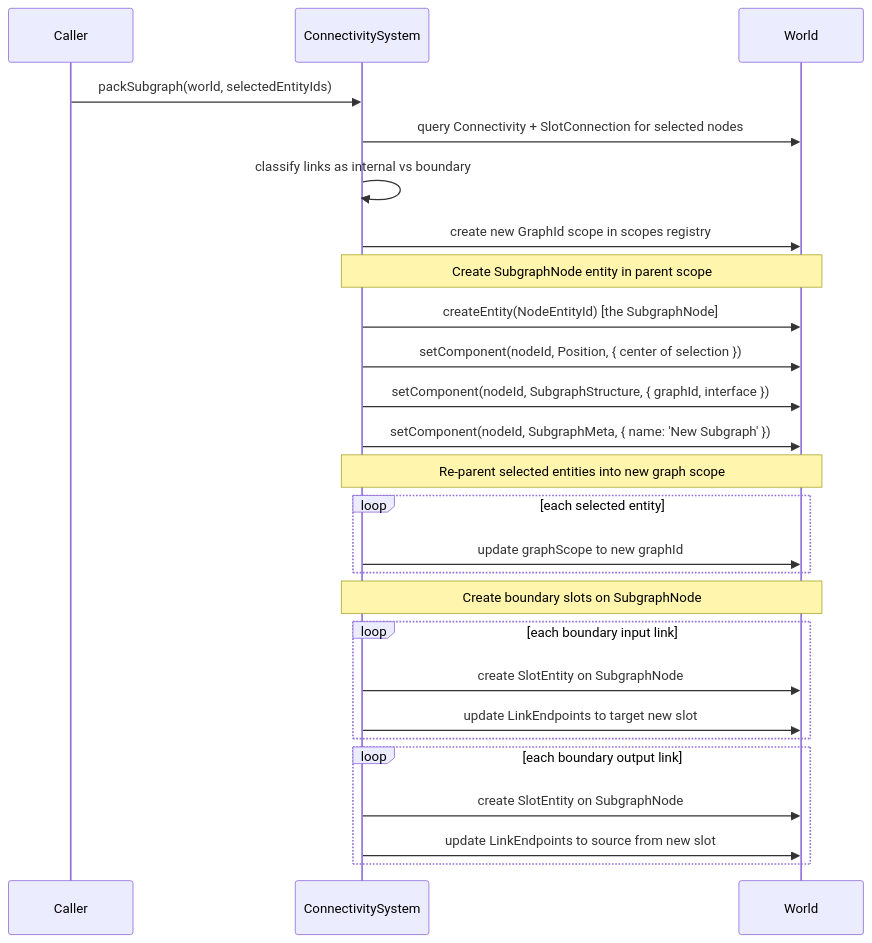
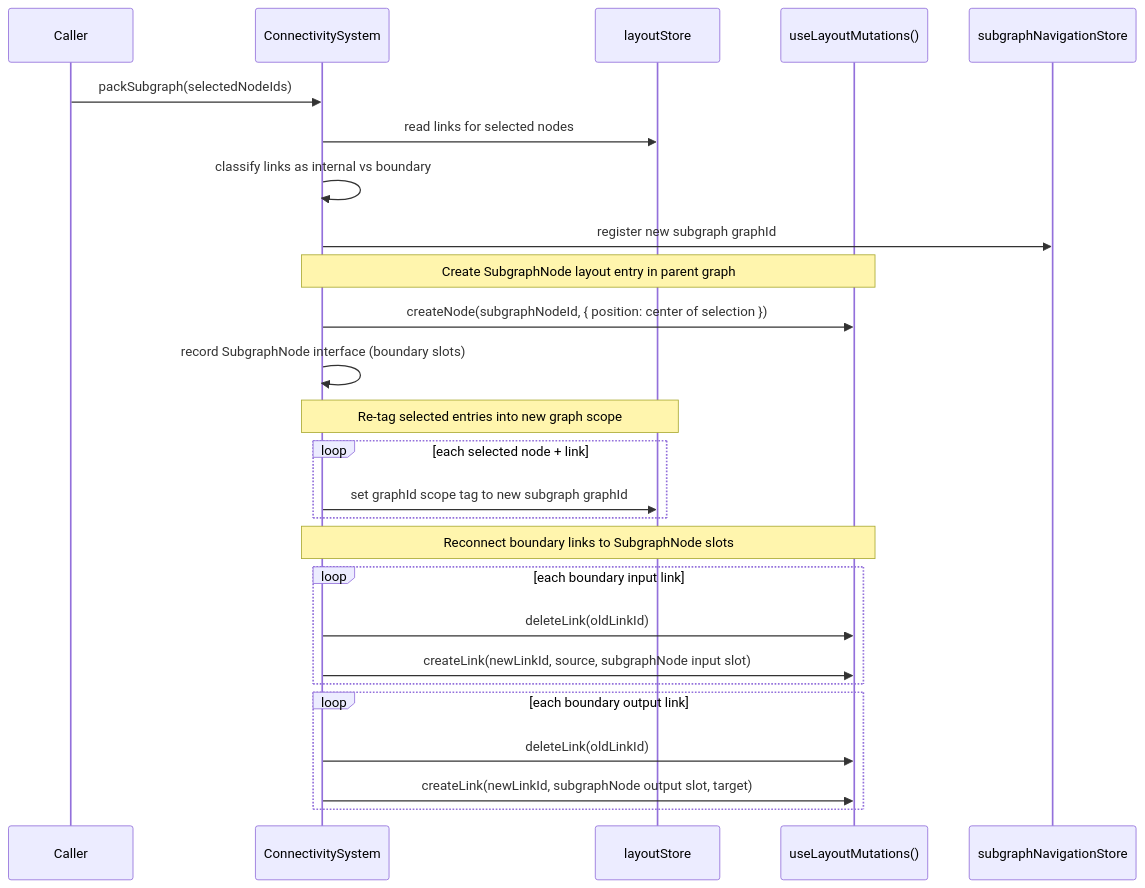
The eighth of 14 diagrams in ComfyUI_frontend/docs/architecture/ecs-lifecycle-scenarios.md (mg-org-4/sub-251027), drawn with Mermaid before and after one commit. The commit also changed other lines of this file and 518 other files, not shown here.

````diff
--- a/ComfyUI_frontend/docs/architecture/ecs-lifecycle-scenarios.md
+++ b/ComfyUI_frontend/docs/architecture/ecs-lifecycle-scenarios.md
@@ -393,38 +371,38 @@
 ```mermaid
 sequenceDiagram
     participant Caller
     participant CS as ConnectivitySystem
-    participant W as World
+    participant LS as layoutStore
+    participant LM as useLayoutMutations()
+    participant SNS as subgraphNavigationStore
 
-    Caller->>CS: packSubgraph(world, selectedEntityIds)
+    Caller->>CS: packSubgraph(selectedNodeIds)
 
-    CS->>W: query Connectivity + SlotConnection for selected nodes
+    CS->>LS: read links for selected nodes
     CS->>CS: classify links as internal vs boundary
 
-    CS->>W: create new GraphId scope in scopes registry
+    CS->>SNS: register new subgraph graphId
 
-    Note over CS,W: Create SubgraphNode entity in parent scope
+    Note over CS,LM: Create SubgraphNode layout entry in parent graph
 
-    CS->>W: createEntity(NodeEntityId) [the SubgraphNode]
-    CS->>W: setComponent(nodeId, Position, { center of selection })
-    CS->>W: setComponent(nodeId, SubgraphStructure, { graphId, interface })
-    CS->>W: setComponent(nodeId, SubgraphMeta, { name: 'New Subgraph' })
+    CS->>LM: createNode(subgraphNodeId, { position: center of selection })
+    CS->>CS: record SubgraphNode interface (boundary slots)
 
-    Note over CS,W: Re-parent selected entities into new graph scope
+    Note over CS,LS: Re-tag selected entries into new graph scope
 
-    loop each selected entity
-        CS->>W: update graphScope to new graphId
+    loop each selected node + link
+        CS->>LS: set graphId scope tag to new subgraph graphId
     end
 
-    Note over CS,W: Create boundary slots on SubgraphNode
+    Note over CS,LM: Reconnect boundary links to SubgraphNode slots
 
     loop each boundary input link
-        CS->>W: create SlotEntity on SubgraphNode
-        CS->>W: update LinkEndpoints to target new slot
+        CS->>LM: deleteLink(oldLinkId)
+        CS->>LM: createLink(newLinkId, source, subgraphNode input slot)
     end
 
     loop each boundary output link
-        CS->>W: create SlotEntity on SubgraphNode
-        CS->>W: update LinkEndpoints to source from new slot
+        CS->>LM: deleteLink(oldLinkId)
+        CS->>LM: createLink(newLinkId, subgraphNode output slot, target)
     end
 ```
````
